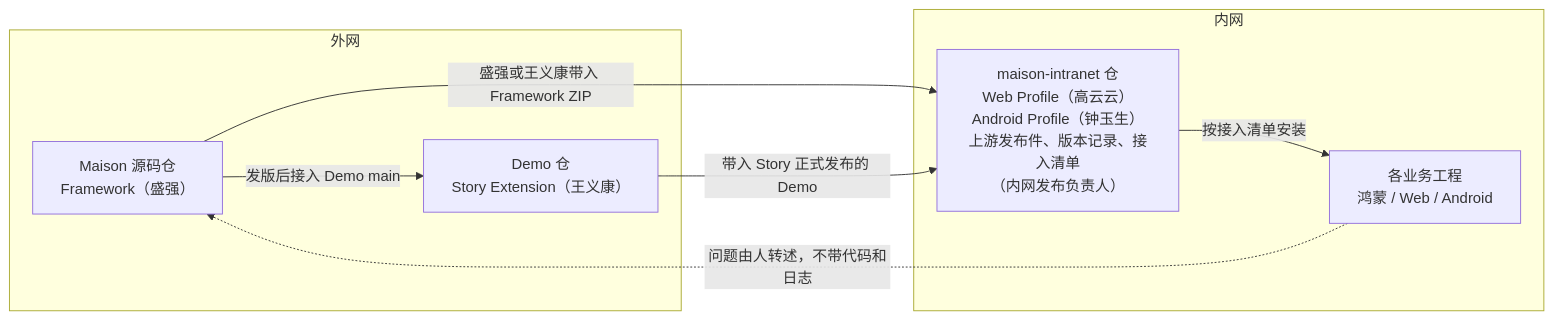
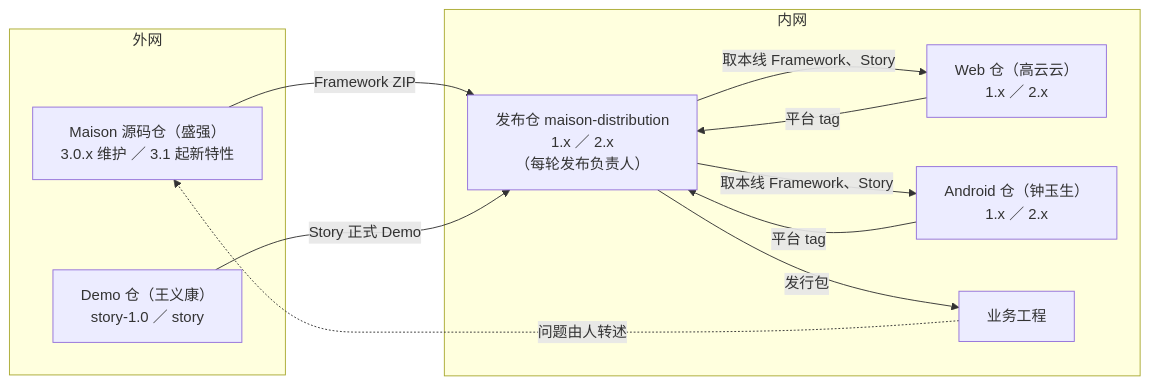
One commit to sqsqsq/SimulatedWalletForHmos changed the first of 3 diagrams in doc/project/2026-10-20-Maison共建讨论/08-Maison共建方案：谁做什么、东西怎么流转、怎么发版.md. Above: the diagram before and after it, drawn with Mermaid. The commit also changed other lines of this file and 3 other files, not shown here.

Commit message:
docs: Maison 共建 08 原位重写——三仓简化交接（平台打 tag 交付、发布仓原样收快照）；内网三仓设 1.x 稳定、2.x 新特性两条线对应外网；每轮四步发版（Framework 到达基准测试、Story 合入基准测试、平台取本线 Framework 适配交 tag 并合入检查、冻结候选全功能测试发布），按变化从对应步开始，两条线并行与跨线修复；补其他七类场景、Framework 配套前提（init 菜单已核、校验清单影响待核、Android 拓扑 3.2.0）；§12 记录两轮纠正、首稿错误更正、与 07 取舍及用户 5 场景和 09 十七场景覆盖表；导航与 07 头注同步

````diff
--- a/doc/project/2026-10-20-Maison共建讨论/08-Maison共建方案：谁做什么、东西怎么流转、怎么发版.md
+++ b/doc/project/2026-10-20-Maison共建讨论/08-Maison共建方案：谁做什么、东西怎么流转、怎么发版.md
@@ -11,16 +11,21 @@
 ```mermaid
 flowchart LR
     subgraph 外网
-        FW["Maison 源码仓<br/>Framework（盛强）"]
-        DEMO["Demo 仓<br/>Story Extension（王义康）"]
-        FW -- 发版后接入 Demo main --> DEMO
+        FW["Maison 源码仓（盛强）<br/>3.0.x 维护 ／ 3.1 起新特性"]
+        ST["Demo 仓（王义康）<br/>story-1.0 ／ story"]
     end
     subgraph 内网
-        REPO["maison-intranet 仓<br/>Web Profile（高云云）<br/>Android Profile（钟玉生）<br/>上游发布件、版本记录、接入清单<br/>（内网发布负责人）"]
-        BIZ["各业务工程<br/>鸿蒙 / Web / Android"]
-        REPO -- 按接入清单安装 --> BIZ
+        DIST["发布仓 maison-distribution<br/>1.x ／ 2.x<br/>（每轮发布负责人）"]
+        WEB["Web 仓（高云云）<br/>1.x ／ 2.x"]
+        AND["Android 仓（钟玉生）<br/>1.x ／ 2.x"]
+        BIZ["业务工程"]
     end
-    FW -- 盛强或王义康带入 Framework ZIP --> REPO
-    DEMO -- 带入 Story 正式发布的 Demo --> REPO
-    BIZ -. 问题由人转述，不带代码和日志 .-> FW
+    FW -- Framework ZIP --> DIST
+    ST -- Story 正式 Demo --> DIST
+    DIST -- 取本线 Framework、Story --> WEB
+    DIST -- 取本线 Framework、Story --> AND
+    WEB -- 平台 tag --> DIST
+    AND -- 平台 tag --> DIST
+    DIST -- 发行包 --> BIZ
+    BIZ -. 问题由人转述 .-> FW
 ```
````
